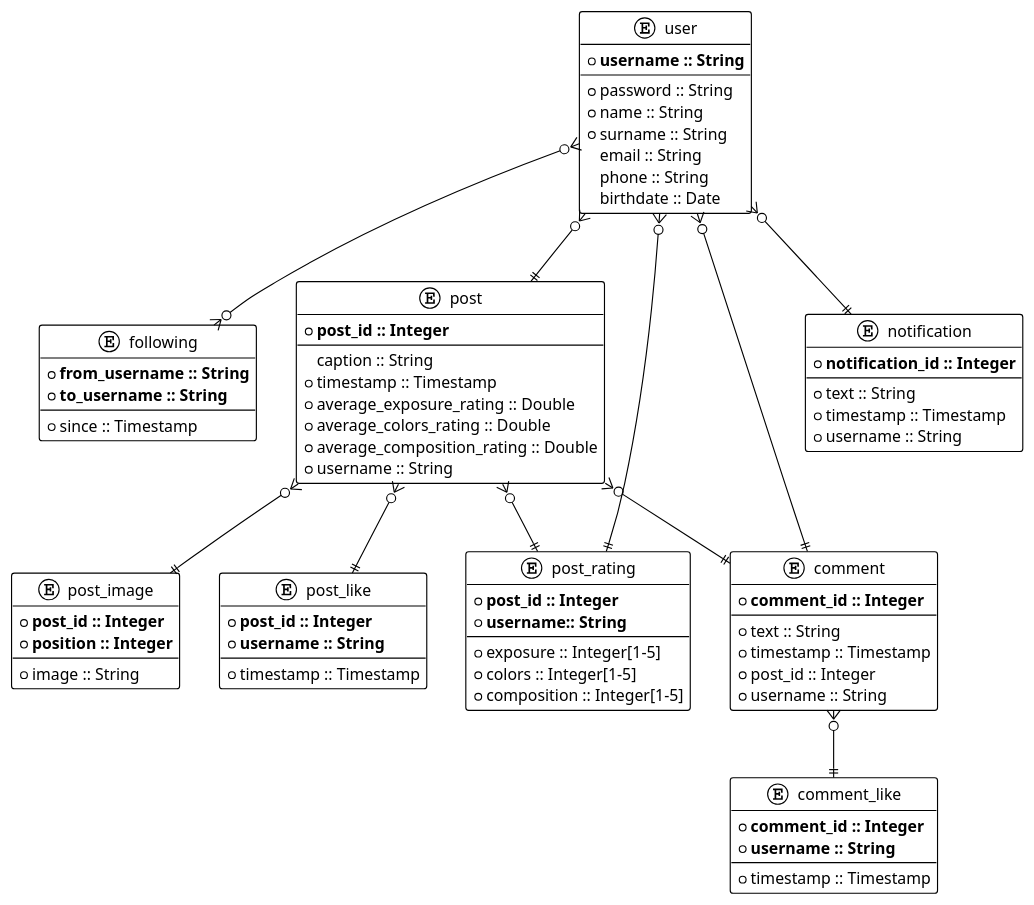
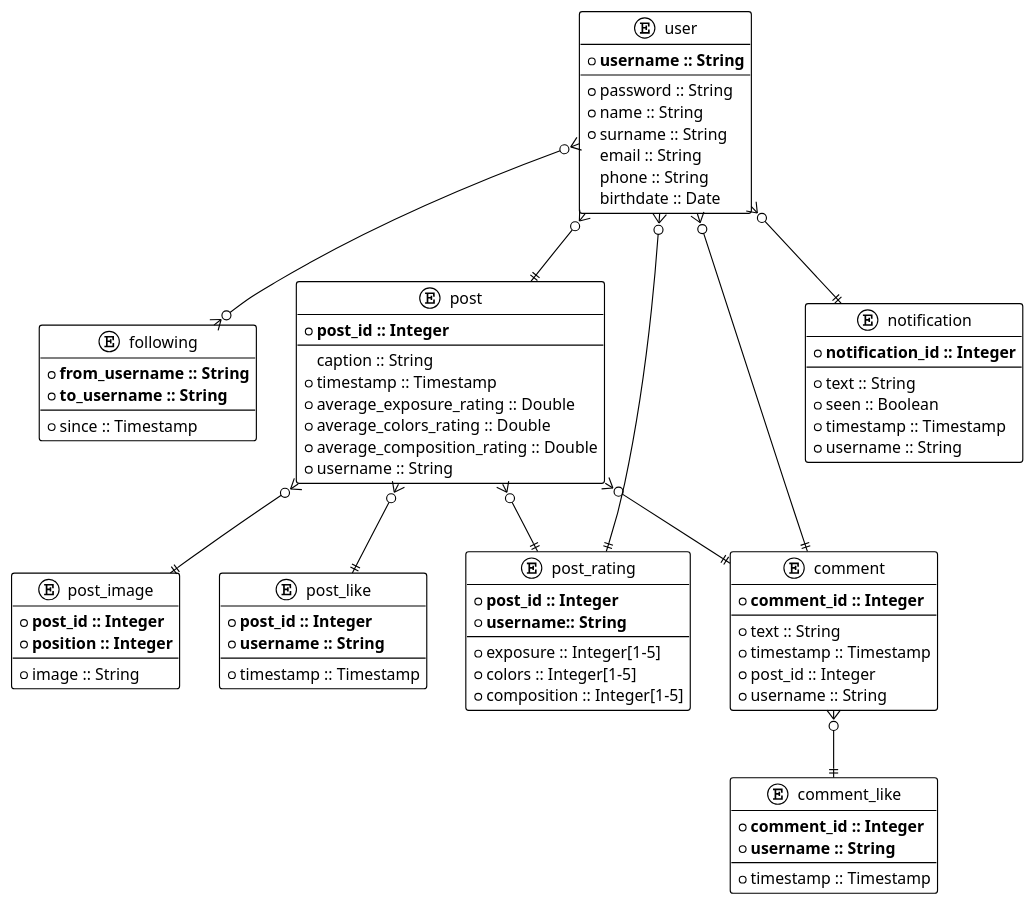
Before and after one commit to ValentinaPieri/lipho: the diagram in db_project/er.plantuml, drawn with PlantUML. The commit also changed 1 other file, not shown here.

Commit message:
Added column "seen" to notification table

```diff
--- a/db_project/er.plantuml
+++ b/db_project/er.plantuml
@@ -1,91 +1,92 @@
 @startuml Lipho DB ER Diagram
 !theme plain
 
 entity user {
     * **username :: String**
     --
     * password :: String
     * name :: String
     * surname :: String
     email :: String
     phone :: String
     birthdate :: Date
 }
 
 entity following {
     * **from_username :: String**
     * **to_username :: String**
     --
     * since :: Timestamp
 }
 
 entity post {
     * **post_id :: Integer**
     --
     caption :: String
     * timestamp :: Timestamp
     * average_exposure_rating :: Double
     * average_colors_rating :: Double
     * average_composition_rating :: Double
     * username :: String
 }
 
 entity post_image {
     * **post_id :: Integer**
     * **position :: Integer**
     --
     * image :: String
 }
 
 entity post_like {
     * **post_id :: Integer**
     * **username :: String**
     --
     * timestamp :: Timestamp
 }
 
 entity post_rating {
     * **post_id :: Integer**
     * **username:: String**
     --
     * exposure :: Integer[1-5]
     * colors :: Integer[1-5]
     * composition :: Integer[1-5]
 }
 
 entity comment {
     * **comment_id :: Integer**
     --
     * text :: String
     * timestamp :: Timestamp
     * post_id :: Integer
     * username :: String
 }
 
 entity comment_like {
     * **comment_id :: Integer**
     * **username :: String**
     --
     * timestamp :: Timestamp
 }
 
 entity notification {
     * **notification_id :: Integer**
     --
     * text :: String
+    * seen :: Boolean
     * timestamp :: Timestamp
     * username :: String
 }
 
 user }o--o{ following
 user }o--|| post
 user }o--|| notification
 post }o--|| post_image
 post }o--|| post_rating
 post }o--|| comment
 post }o--|| post_like
 post_rating ||--o{ user
 comment ||--o{ user
 comment }o--|| comment_like
 
 @enduml
```
